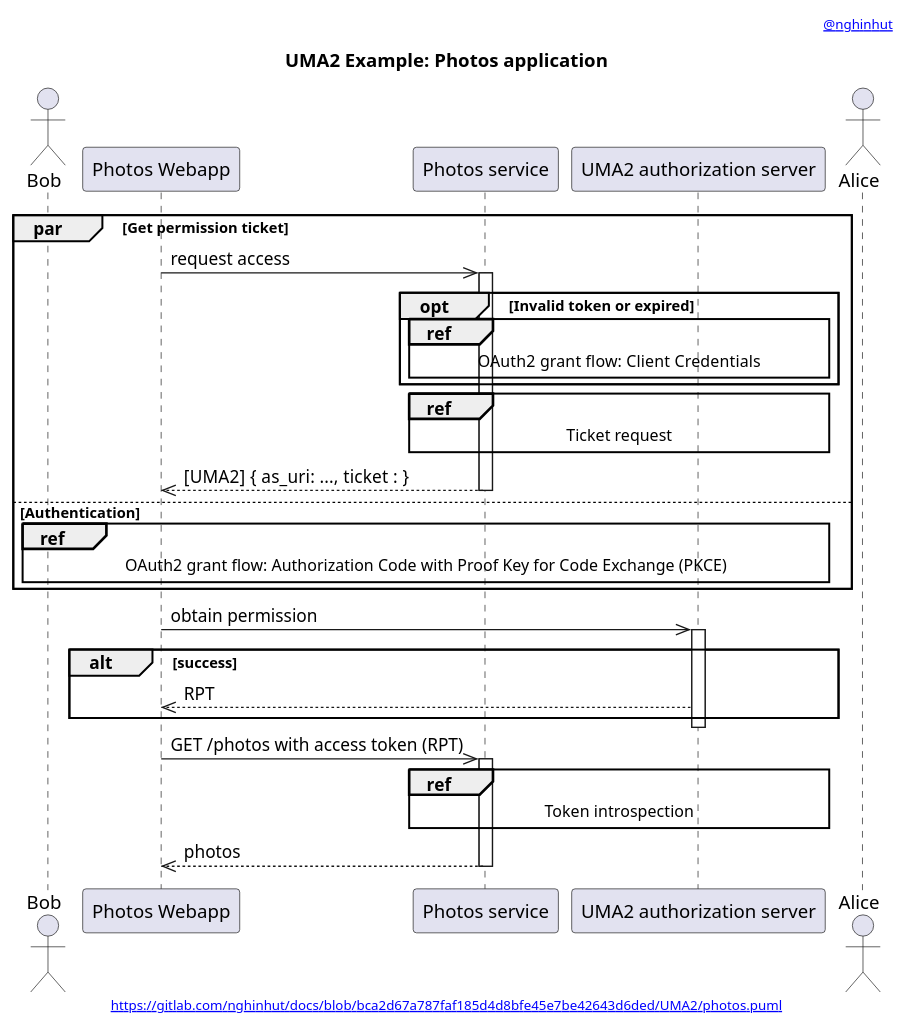
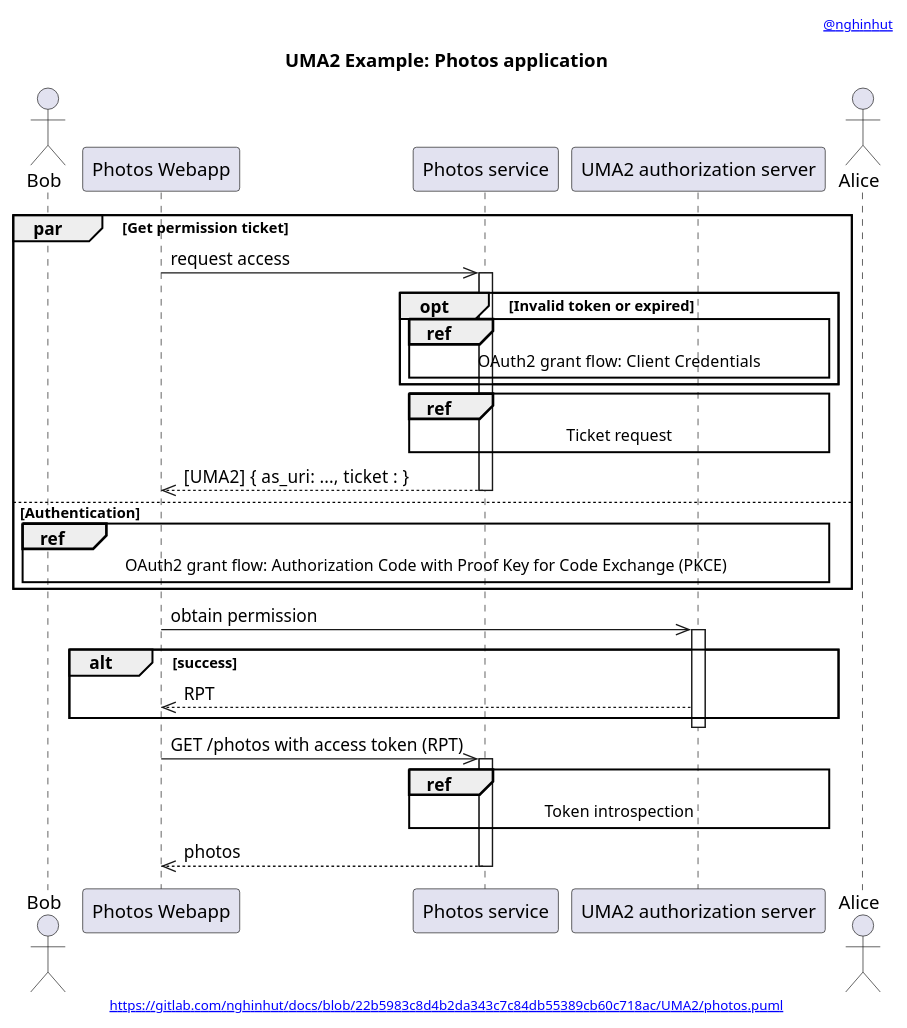
The diagram in UMA2/photos.apps.puml (nghinhut/docs), drawn with PlantUML before and after one commit. The commit also changed 48 other files, not shown here.

```diff
--- a/UMA2/photos.apps.puml
+++ b/UMA2/photos.apps.puml
@@ -1,43 +1,43 @@
 @startuml
 '-----START auto generated metadata please keep comment here to allow auto update-----
 '-----DON'T EDIT THIS SECTION, INSTEAD RE-RUN prebuild.sh TO UPDATE-----
-header [[https://www.nghinhut.dev?from=http%5C%3A%5C%2F%5C%2Fwww%5C.plantuml%5C.com%5C%2Fplantuml%5C%2Fproxy%3Ffmt%3Dsvg%5C%26src%3Dhttps%5C%3A%5C%2F%5C%2Fgitlab%5C.com%5C%2Fnghinhut%5C%2Fdocs%5C%2Fraw%5C%2Fbca2d67a787faf185d4d8bfe45e7be42643d6ded%5C%2FUMA2%5C%2Fphotos%5C.puml%0A @nghinhut]]
-footer [[http://www.plantuml.com/plantuml/proxy?fmt=svg&src=https://gitlab.com/nghinhut/docs/raw/bca2d67a787faf185d4d8bfe45e7be42643d6ded/UMA2/photos.puml https://gitlab.com/nghinhut/docs/blob/bca2d67a787faf185d4d8bfe45e7be42643d6ded/UMA2/photos.puml]]
+header [[https://www.nghinhut.dev?from=http%5C%3A%5C%2F%5C%2Fwww%5C.plantuml%5C.com%5C%2Fplantuml%5C%2Fproxy%3Ffmt%3Dsvg%5C%26src%3Dhttps%5C%3A%5C%2F%5C%2Fgitlab%5C.com%5C%2Fnghinhut%5C%2Fdocs%5C%2Fraw%5C%2F22b5983c8d4b2da343c7c84db55389cb60c718ac%5C%2FUMA2%5C%2Fphotos%5C.puml%0A @nghinhut]]
+footer [[http://www.plantuml.com/plantuml/proxy?fmt=svg&src=https://gitlab.com/nghinhut/docs/raw/22b5983c8d4b2da343c7c84db55389cb60c718ac/UMA2/photos.puml https://gitlab.com/nghinhut/docs/blob/22b5983c8d4b2da343c7c84db55389cb60c718ac/UMA2/photos.puml]]
 '-----END auto generated metadata please keep comment here to allow auto update-----
 title UMA2 Example: Photos application
 
 actor "Bob" as rp
 participant "Photos Webapp" as client
 participant "Photos service" as rs
 participant "UMA2 authorization server" as as
 actor "Alice" as ro
 
 par Get permission ticket
     client ->> rs : request access
     activate rs
 
     opt Invalid token or expired
         ref over rs, as : OAuth2 grant flow: Client  Credentials
     end
 
     ref over rs, as : Ticket request
 
     client <<-- rs : [UMA2] { as_uri: ...,  ticket : }
     deactivate rs
 else Authentication
     ref over rp, as : OAuth2 grant flow: Authorization Code with Proof Key for Code Exchange (PKCE)
 end
 
 client ->> as : obtain permission
 activate as
 alt success
 client <<-- as : RPT
 end
 deactivate as
 
 client ->> rs : GET /photos with access token (RPT)
 activate rs
 ref over rs, as : Token introspection
 client <<-- rs : photos
 deactivate rs
 @enduml
```
